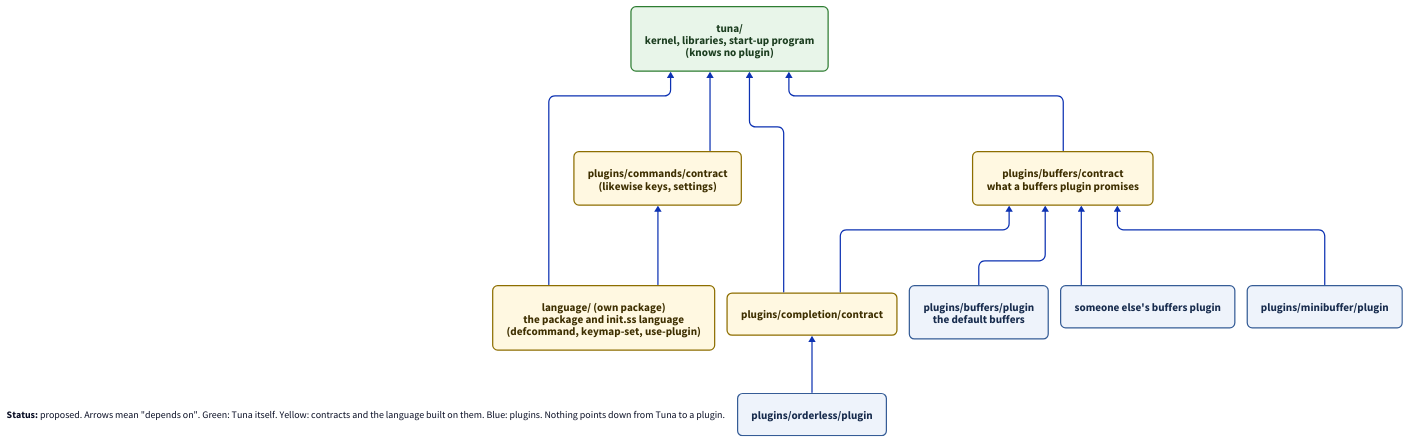
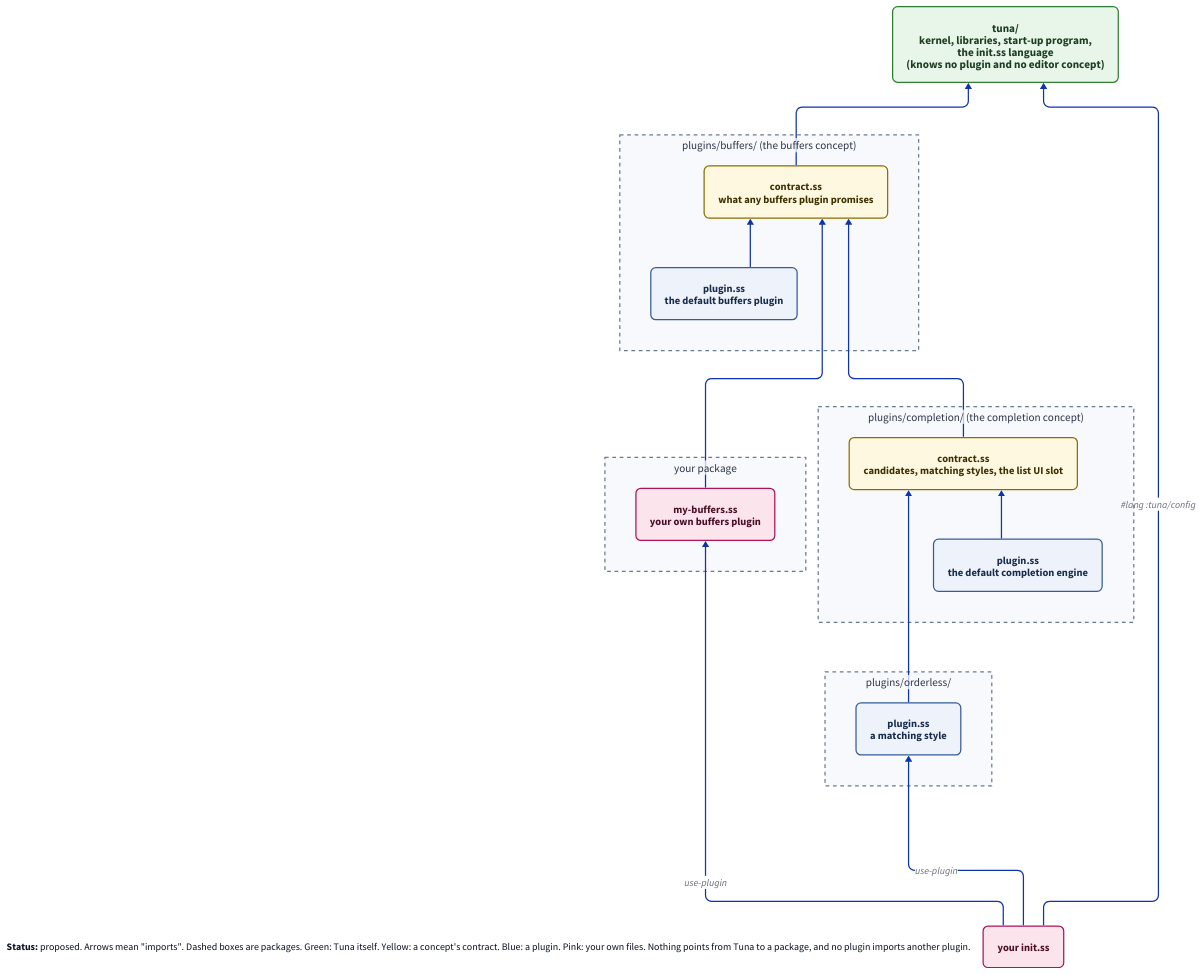
One commit to jaybonthius/tuna changed the diagram in docs/diagrams/package-layout.d2. Above: the diagram before and after it, drawn with D2. The commit also changed 3 other files, not shown here.

Commit message:
Rewrite the package layout brief: one package per concept

```diff
--- a/docs/diagrams/package-layout.d2
+++ b/docs/diagrams/package-layout.d2
@@ -1,63 +1,98 @@
 # Which package may depend on which?
 vars: {
   d2-config: {
     layout-engine: elk
     theme-id: 0
   }
 }
 direction: up
 
 classes: {
   core: {
     style: {
       fill: "#e8f5e9"
       stroke: "#2e7d32"
       font-color: "#1b3d1f"
       border-radius: 8
       font-size: 18
     }
   }
+  pkg: {
+    style: {
+      fill: "#f7f9fc"
+      stroke: "#6b7a90"
+      stroke-dash: 3
+      font-color: "#2b3445"
+      font-size: 18
+    }
+  }
   contract: {
     style: {
       fill: "#fff8e1"
       stroke: "#8d6e00"
       font-color: "#3e2f00"
       border-radius: 8
-      font-size: 18
+      font-size: 17
     }
   }
   plugin: {
     style: {
       fill: "#eef3fb"
       stroke: "#355c96"
       font-color: "#172b4d"
       border-radius: 8
-      font-size: 18
+      font-size: 17
+    }
+  }
+  user: {
+    style: {
+      fill: "#fce4ec"
+      stroke: "#ad1457"
+      font-color: "#4a0d24"
+      border-radius: 8
+      font-size: 17
     }
   }
 }
 
 legend: |md
-  **Status:** proposed. Arrows mean "depends on". Green: Tuna itself. Yellow: contracts and the language built on them. Blue: plugins. Nothing points down from Tuna to a plugin.
+  **Status:** proposed. Arrows mean "imports". Dashed boxes are packages.
+  Green: Tuna itself. Yellow: a concept's contract. Blue: a plugin. Pink: your own files.
+  Nothing points from Tuna to a package, and no plugin imports another plugin.
 |
 
-tuna: "tuna/\nkernel, libraries, start-up program\n(knows no plugin)" {class: core}
-lang: "language/ (own package)\nthe package and init.ss language\n(defcommand, keymap-set, use-plugin)" {class: contract}
-cmdc: "plugins/commands/contract\n(likewise keys, settings)" {class: contract}
-bufc: "plugins/buffers/contract\nwhat a buffers plugin promises" {class: contract}
-compc: "plugins/completion/contract" {class: contract}
-bufp: "plugins/buffers/plugin\nthe default buffers" {class: plugin}
-toy: "someone else's buffers plugin" {class: plugin}
-orderless: "plugins/orderless/plugin" {class: plugin}
-mini: "plugins/minibuffer/plugin" {class: plugin}
+tuna: "tuna/\nkernel, libraries, start-up program,\nthe init.ss language\n(knows no plugin and no editor concept)" {class: core}
 
-bufc -> tuna
-compc -> tuna
-compc -> bufc
-lang -> tuna
-lang -> cmdc
-cmdc -> tuna
-bufp -> bufc
-toy -> bufc
-orderless -> compc
-mini -> bufc
+buffers: "plugins/buffers/  (the buffers concept)" {
+  class: pkg
+  contract: "contract.ss\nwhat any buffers plugin promises" {class: contract}
+  plugin: "plugin.ss\nthe default buffers plugin" {class: plugin}
+}
+
+completion: "plugins/completion/  (the completion concept)" {
+  class: pkg
+  contract: "contract.ss\ncandidates, matching styles, the list UI slot" {class: contract}
+  plugin: "plugin.ss\nthe default completion engine" {class: plugin}
+}
+
+orderless: "plugins/orderless/" {
+  class: pkg
+  plugin: "plugin.ss\na matching style" {class: plugin}
+}
+
+mine: "your package" {
+  class: pkg
+  plugin: "my-buffers.ss\nyour own buffers plugin" {class: user}
+}
+
+init: "your init.ss" {class: user}
+
+buffers.contract -> tuna
+buffers.plugin -> buffers.contract
+completion.contract -> buffers.contract
+completion.plugin -> completion.contract
+orderless.plugin -> completion.contract
+mine.plugin -> buffers.contract
+init -> mine.plugin: "use-plugin"
+init -> orderless.plugin: "use-plugin"
+init -> tuna: "#lang :tuna/config"
```
